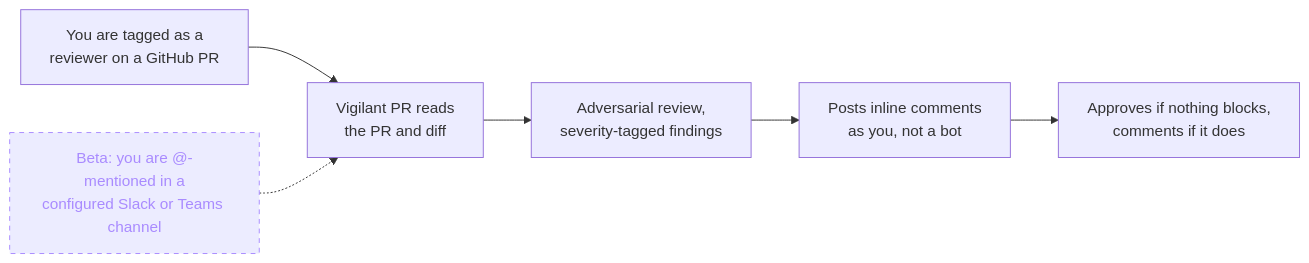
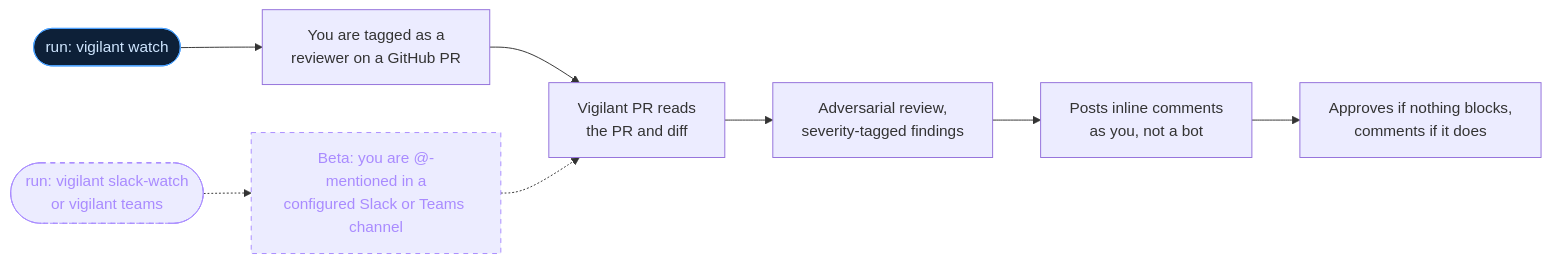
The diagram in README.md (tllongdev/vigilant-pr), drawn with Mermaid before and after one commit.

Commit message:
README: show the start command for each entry path in the flow diagram
Add pill-shaped command boxes to the left of each trigger: `vigilant watch`
feeds the GitHub review-request path, `vigilant slack-watch` / `vigilant teams`
feeds the beta Slack/Teams path.

````diff
--- a/README.md
+++ b/README.md
@@ -16,10 +16,15 @@
 ```mermaid
 flowchart LR
-    A["You are tagged as a<br/>reviewer on a GitHub PR"] --> B["Vigilant PR reads<br/>the PR and diff"]
-    A2["Beta: you are @-mentioned in a<br/>configured Slack or Teams channel"] -.-> B
+    C1(["run: vigilant watch"]) --> A["You are tagged as a<br/>reviewer on a GitHub PR"]
+    C2(["run: vigilant slack-watch<br/>or vigilant teams"]) -.-> A2["Beta: you are @-mentioned in a<br/>configured Slack or Teams channel"]
+    A --> B["Vigilant PR reads<br/>the PR and diff"]
+    A2 -.-> B
     B --> C["Adversarial review,<br/>severity-tagged findings"]
     C --> D["Posts inline comments<br/>as you, not a bot"]
     D --> E["Approves if nothing blocks,<br/>comments if it does"]
     classDef beta stroke:#a98bff,color:#a98bff,stroke-dasharray:5 5;
+    classDef cmd fill:#0d2038,stroke:#4da3ff,color:#cfe6ff;
     class A2 beta;
+    class C2 beta;
+    class C1 cmd;
 ```
````
